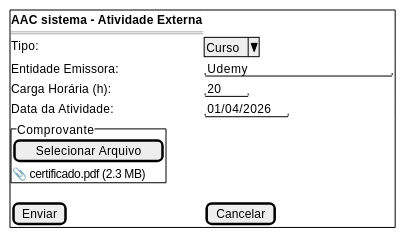
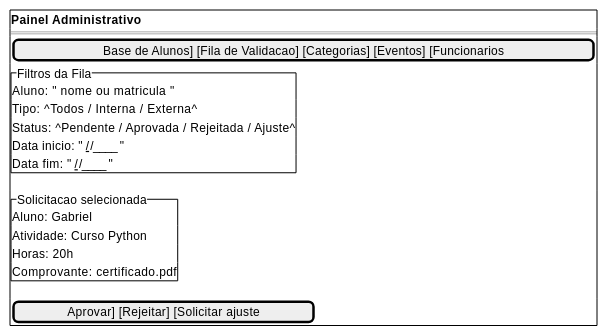
The tenth of 13 diagrams in docs/_Design Thinking/prototipo_baixa_fidelidade.md (Projetos-de-Extensao/PECD1_26.1_8001_II), drawn with PlantUML before and after one commit. The commit also changed other lines of this file, not shown here.

````diff
--- a/docs/_Design Thinking/prototipo_baixa_fidelidade.md
+++ b/docs/_Design Thinking/prototipo_baixa_fidelidade.md
@@ -122,17 +312,26 @@
 ```plantuml
 @startsalt
 {+
-<b>AAC sistema - Atividade Externa
+<b>Painel Administrativo
 ==
-Tipo: | ^Curso^
-Entidade Emissora: | "Udemy                  "
-Carga Horária (h): | "20   "
-Data da Atividade: | "01/04/2026"
-{^"Comprovante"
-[Selecionar Arquivo]
-📎 certificado.pdf (2.3 MB)
+[Base de Alunos] [Fila de Validacao] [Categorias] [Eventos] [Funcionarios]
+
+{^"Filtros da Fila"
+Aluno: " nome ou matricula "
+Tipo: ^Todos / Interna / Externa^
+Status: ^Pendente / Aprovada / Rejeitada / Ajuste^
+Data inicio: " __/__/____ "
+Data fim: " __/__/____ "
 }
-[Enviar] | [Cancelar]
+
+{^"Solicitacao selecionada"
+Aluno: Gabriel
+Atividade: Curso Python
+Horas: 20h
+Comprovante: certificado.pdf
+}
+
+[Aprovar] [Rejeitar] [Solicitar ajuste]
 }
 @endsalt
 ```
````
